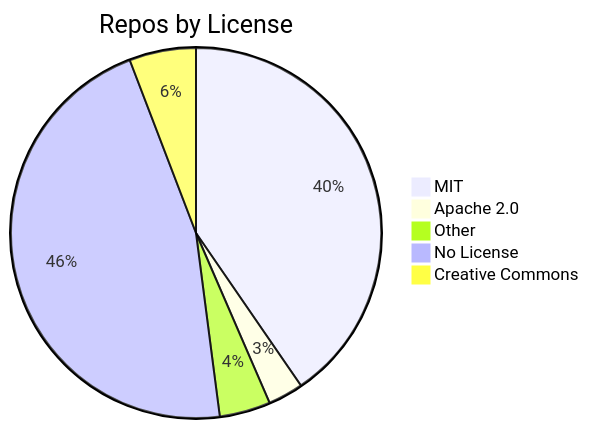
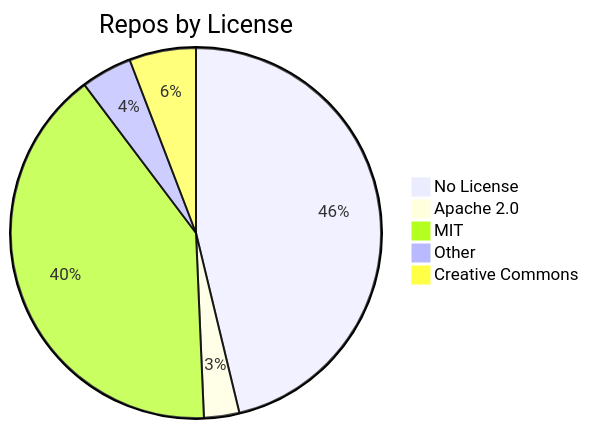
One commit to jpatterson933/awesome-mcp-server-repo-index changed the diagram in README.md. Above: the diagram before and after it, drawn with Mermaid. The commit also changed other lines of this file and 3 other files, not shown here.

````diff
--- a/README.md
+++ b/README.md
@@ -29,8 +29,8 @@
 ```mermaid
 pie title Repos by License
+    "No License" : 135
+    "Apache 2.0" : 9
     "MIT" : 118
-    "Apache 2.0" : 9
     "Other" : 13
-    "No License" : 135
     "Creative Commons" : 17
 ```
````
